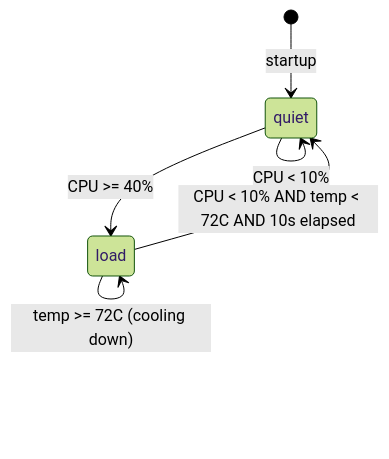
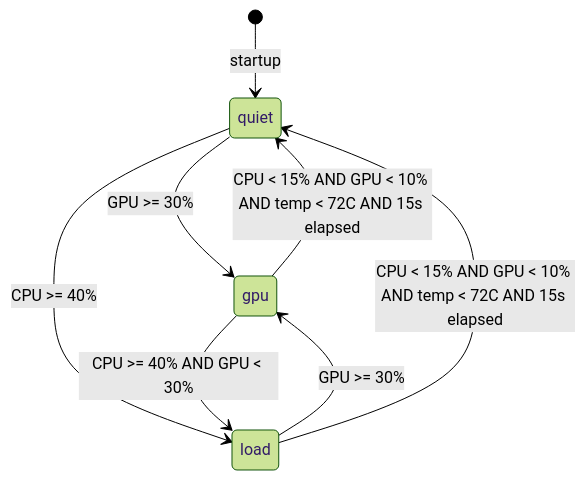
Before and after one commit to coodos/quietcore: the first of 2 diagrams in README.md, drawn with Mermaid (forest theme). The commit also changed other lines of this file and 1 other file, not shown here.

Commit message:
add GPU state: balanced+balance_performance for gaming, three-state machine

````diff
--- a/README.md
+++ b/README.md
@@ -11,12 +11,11 @@
 ```mermaid
 stateDiagram-v2
     [*] --> quiet: startup
 
+    quiet --> gpu: GPU >= 30%
     quiet --> load: CPU >= 40%
-    load --> quiet: CPU < 10% AND temp < 72C AND 10s elapsed
-
-    load --> load: CPU >= 40%
-    load --> load: 10% <= CPU < 40% (hysteresis)
-    load --> load: temp >= 72C (cooling down)
-    quiet --> quiet: CPU < 10%
+    gpu --> load: CPU >= 40% AND GPU < 30%
+    load --> gpu: GPU >= 30%
+    gpu --> quiet: CPU < 15% AND GPU < 10% AND temp < 72C AND 15s elapsed
+    load --> quiet: CPU < 15% AND GPU < 10% AND temp < 72C AND 15s elapsed
 ```
````
